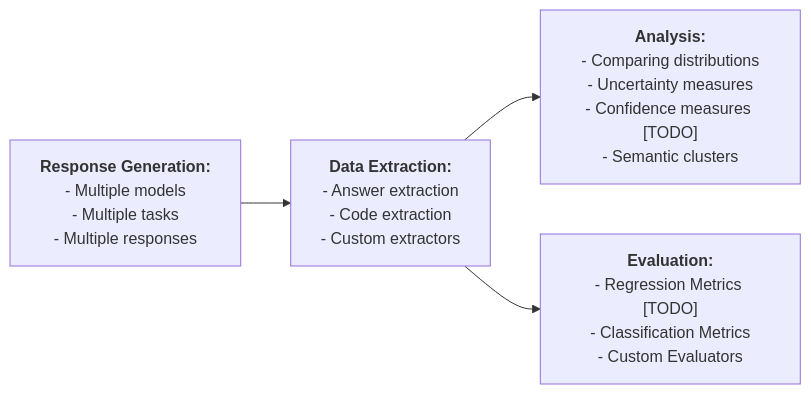
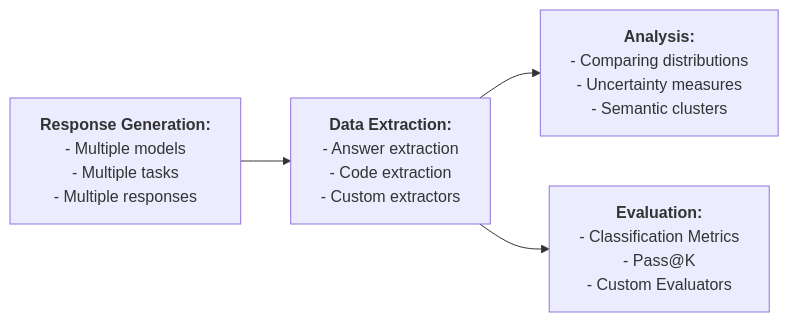
Before and after one commit to msv-lab/llm-play: the diagram in README.md, drawn with Mermaid. The commit also changed other lines of this file, not shown here.

````diff
--- a/README.md
+++ b/README.md
@@ -5,19 +5,18 @@
 ```mermaid
 flowchart LR
     A["`**Response Generation:**
     - Multiple models
     - Multiple tasks
     - Multiple responses`"] --> B["`**Data Extraction:**
     - Answer extraction
     - Code extraction
     - Custom extractors`"]
     B --> C["`**Analysis:**
     - Comparing distributions
     - Uncertainty measures
-    - Confidence measures [TODO]
     - Semantic clusters`"]
     B --> D["`**Evaluation:**
-    - Regression Metrics [TODO]
     - Classification Metrics
+    - Pass@K
     - Custom Evaluators`"]
 ```
````
